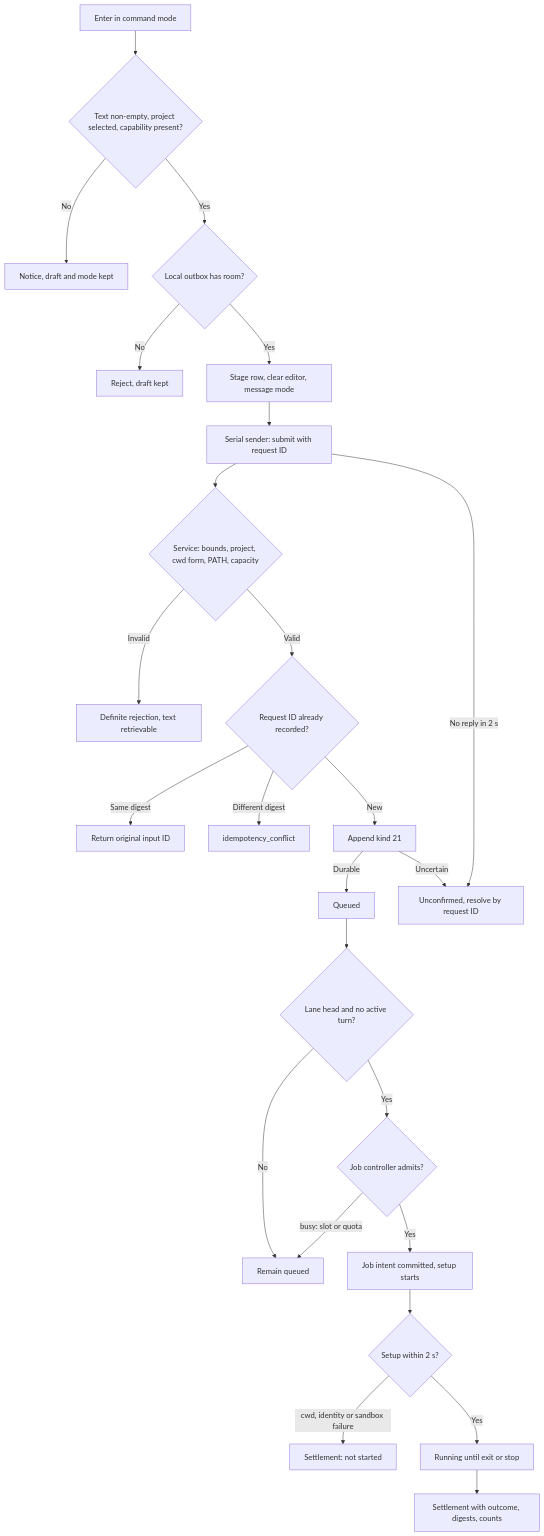
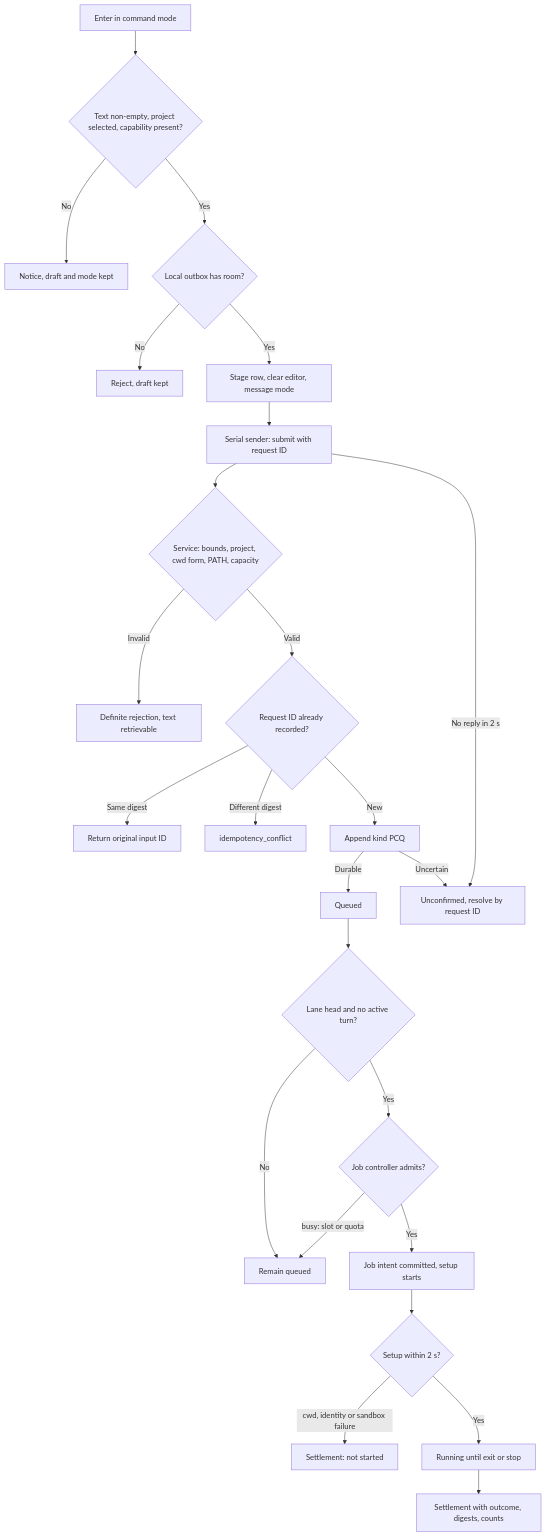
Before and after one commit to pidster/asura: the sixth of 7 diagrams in docs/designs/person-command-mode.md, drawn with Mermaid. The commit also changed other lines of this file and 6 other files, not shown here.

````diff
--- a/docs/designs/person-command-mode.md
+++ b/docs/designs/person-command-mode.md
@@ -772,27 +777,27 @@
 ```mermaid
 flowchart TD
     Enter["Enter in command mode"] --> Local{"Text non-empty, project selected, capability present?"}
     Local -->|No| Notice["Notice, draft and mode kept"]
     Local -->|Yes| Outbox{"Local outbox has room?"}
     Outbox -->|No| Full["Reject, draft kept"]
     Outbox -->|Yes| Stage["Stage row, clear editor, message mode"]
     Stage --> Rpc["Serial sender: submit with request ID"]
     Rpc --> Valid{"Service: bounds, project, cwd form, PATH, capacity"}
     Valid -->|Invalid| Rej["Definite rejection, text retrievable"]
     Valid -->|Valid| Dup{"Request ID already recorded?"}
     Dup -->|Same digest| Same["Return original input ID"]
     Dup -->|Different digest| Conflict["idempotency_conflict"]
-    Dup -->|New| Append["Append kind 21"]
+    Dup -->|New| Append["Append kind PCQ"]
     Append -->|Durable| Queued["Queued"]
     Append -->|Uncertain| Unc["Unconfirmed, resolve by request ID"]
     Rpc -->|"No reply in 2 s"| Unc
     Queued --> Ready{"Lane head and no active turn?"}
     Ready -->|No| Wait["Remain queued"]
     Ready -->|Yes| Admit{"Job controller admits?"}
     Admit -->|"busy: slot or quota"| Wait
     Admit -->|Yes| Start["Job intent committed, setup starts"]
     Start --> Setup{"Setup within 2 s?"}
     Setup -->|"cwd, identity or sandbox failure"| NotStarted["Settlement: not started"]
     Setup -->|Yes| Run["Running until exit or stop"]
     Run --> Settle["Settlement with outcome, digests, counts"]
 ```
````
